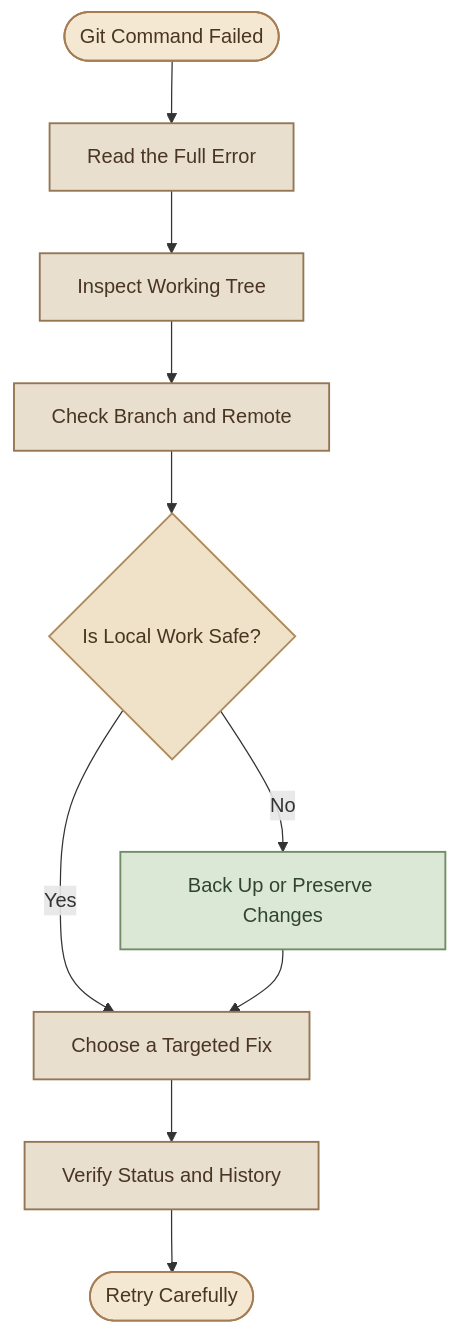
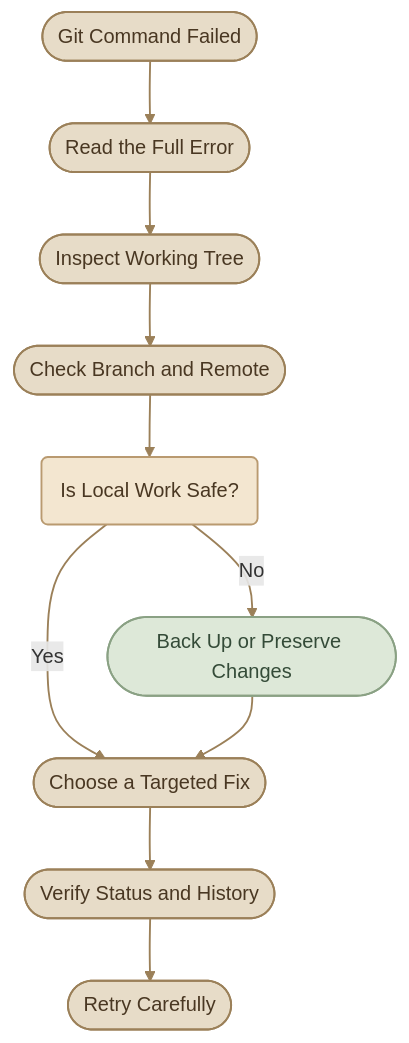
Before and after one commit to mustafammasoud/ops-handbook: the fifth of 5 diagrams in content/version-control/Git and GitHub/git-security-and-troubleshooting.mdx, drawn with Mermaid. The commit also changed other lines of this file and 17 other files, not shown here.

````diff
--- a/content/version-control/Git and GitHub/git-security-and-troubleshooting.mdx
+++ b/content/version-control/Git and GitHub/git-security-and-troubleshooting.mdx
@@ -771,22 +811,24 @@
 ```mermaid
 flowchart TD
-    A(["Git Command Failed"]) --> B["Read the Full Error"]
-    B --> C["Inspect Working Tree"]
-    C --> D["Check Branch and Remote"]
-    D --> E{"Is Local Work Safe?"}
-    E -->|No| F["Back Up or Preserve Changes"]
-    E -->|Yes| G["Choose a Targeted Fix"]
+    A(["Git Command Failed"]) --> B(["Read the Full Error"])
+    B --> C(["Inspect Working Tree"])
+    C --> D(["Check Branch and Remote"])
+    D --> E("Is Local Work Safe?")
+    E -->|No| F(["Back Up or Preserve Changes"])
+    E -->|Yes| G(["Choose a Targeted Fix"])
     F --> G
-    G --> H["Verify Status and History"]
+    G --> H(["Verify Status and History"])
     H --> I(["Retry Carefully"])
 
-    classDef start fill:#f4e8d2,stroke:#a67c52,color:#493522,stroke-width:1.5px;
-    classDef inspect fill:#e8dfcf,stroke:#947653,color:#493522,stroke-width:1.5px;
-    classDef decision fill:#efe2c9,stroke:#ad8b5b,color:#493522,stroke-width:1.5px;
-    classDef safe fill:#dce8d6,stroke:#718d64,color:#30452d,stroke-width:1.5px;
+    classDef start fill:#E7DCC8,stroke:#9B8059,color:#493722,stroke-width:1.5px
+    classDef inspect fill:#E7DCC8,stroke:#9B8059,color:#493722,stroke-width:1.5px
+    classDef decision fill:#F3E6D0,stroke:#B99A70,color:#493722,stroke-width:1.5px
+    classDef safe fill:#DDE8D8,stroke:#8AA184,color:#344B38,stroke-width:1.5px
 
     class A,I start;
     class B,C,D,G,H inspect;
     class E decision;
     class F safe;
+
+    linkStyle default stroke:#9B8059,stroke-width:1.5px
 ```
````
